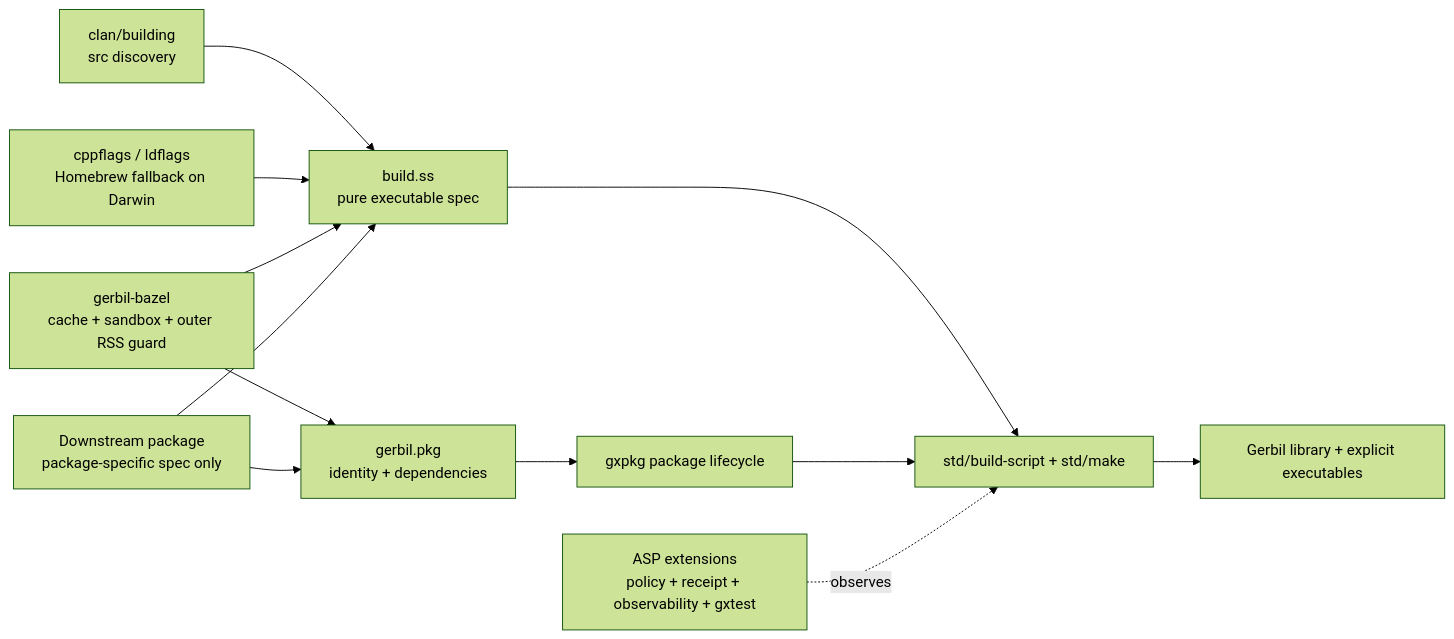
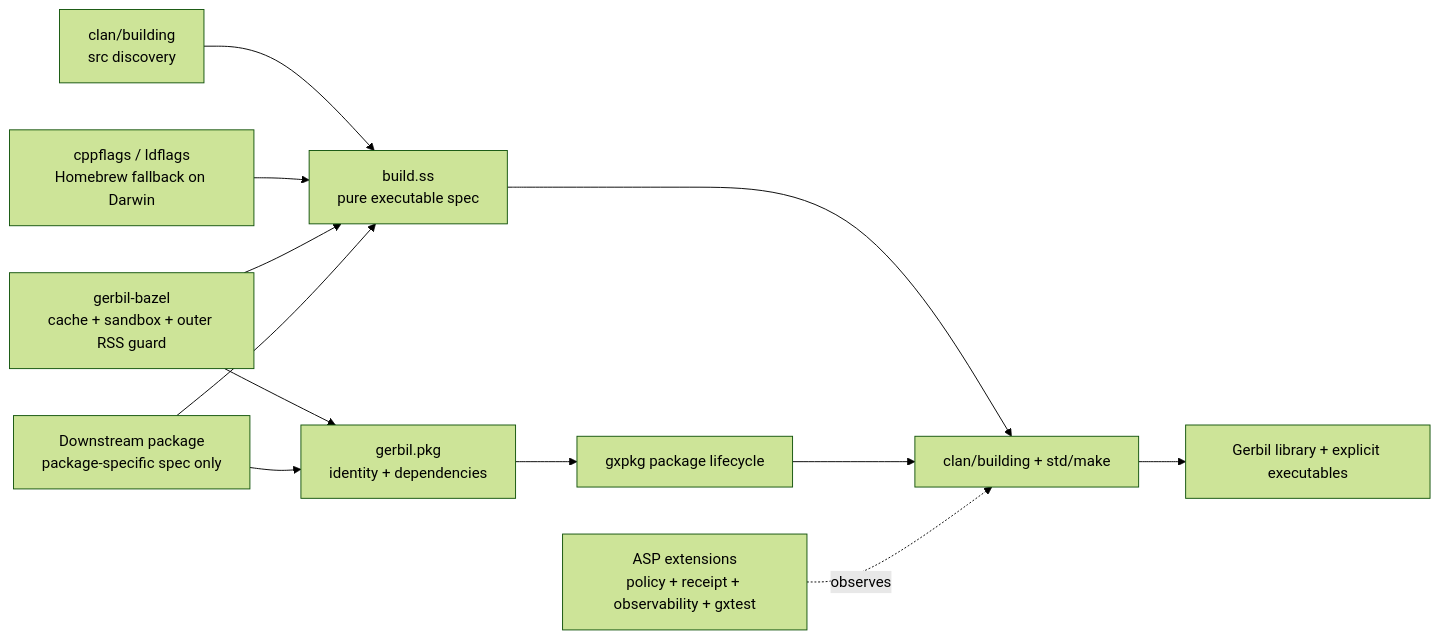
Before and after one commit to tao3k/asp-gerbil-scheme: the first of 5 diagrams in docs/30-39-building/31.07-native-gerbil-declarative-boundary.org, drawn with Mermaid (forest theme). The commit also changed other lines of this file and 9 other files, not shown here.

```diff
--- a/docs/30-39-building/31.07-native-gerbil-declarative-boundary.org
+++ b/docs/30-39-building/31.07-native-gerbil-declarative-boundary.org
@@ -18,14 +18,14 @@
 #+begin_src mermaid
 flowchart LR
   Package["gerbil.pkg<br/>identity + dependencies"] --> Gxpkg["gxpkg package lifecycle"]
-  Build["build.ss<br/>pure executable spec"] --> Native["std/build-script + std/make"]
+  Build["build.ss<br/>pure executable spec"] --> Native["clan/building + std/make"]
   Discovery["clan/building<br/>src discovery"] --> Build
   Flags["cppflags / ldflags<br/>Homebrew fallback on Darwin"] --> Build
   Gxpkg --> Native
   Native --> Artifacts["Gerbil library + explicit executables"]
   ASP["ASP extensions<br/>policy + receipt + observability + gxtest"] -. observes .-> Native
   Bazel["gerbil-bazel<br/>cache + sandbox + outer RSS guard"] --> Package
   Bazel --> Build
   Downstream["Downstream package<br/>package-specific spec only"] --> Package
   Downstream --> Build
 #+end_src
```
